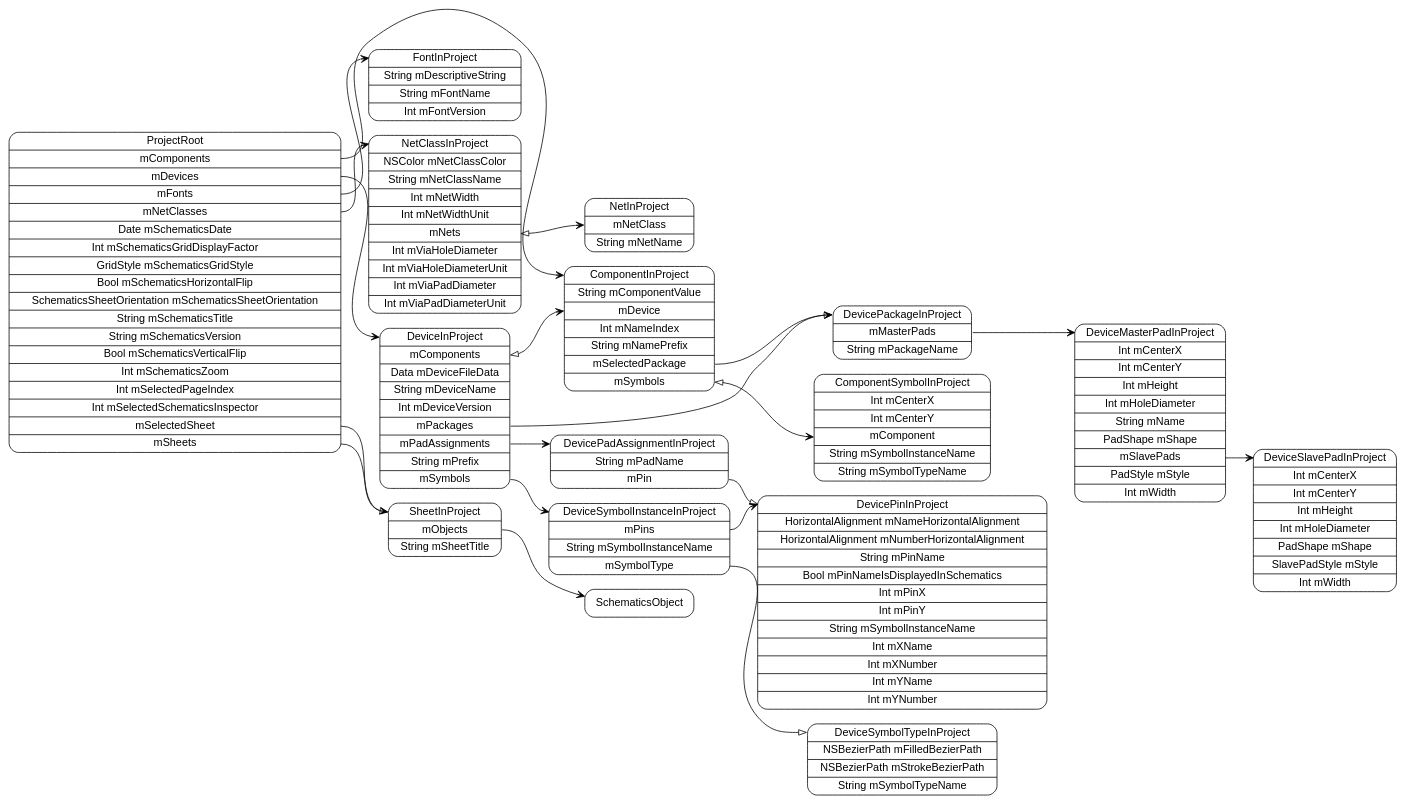
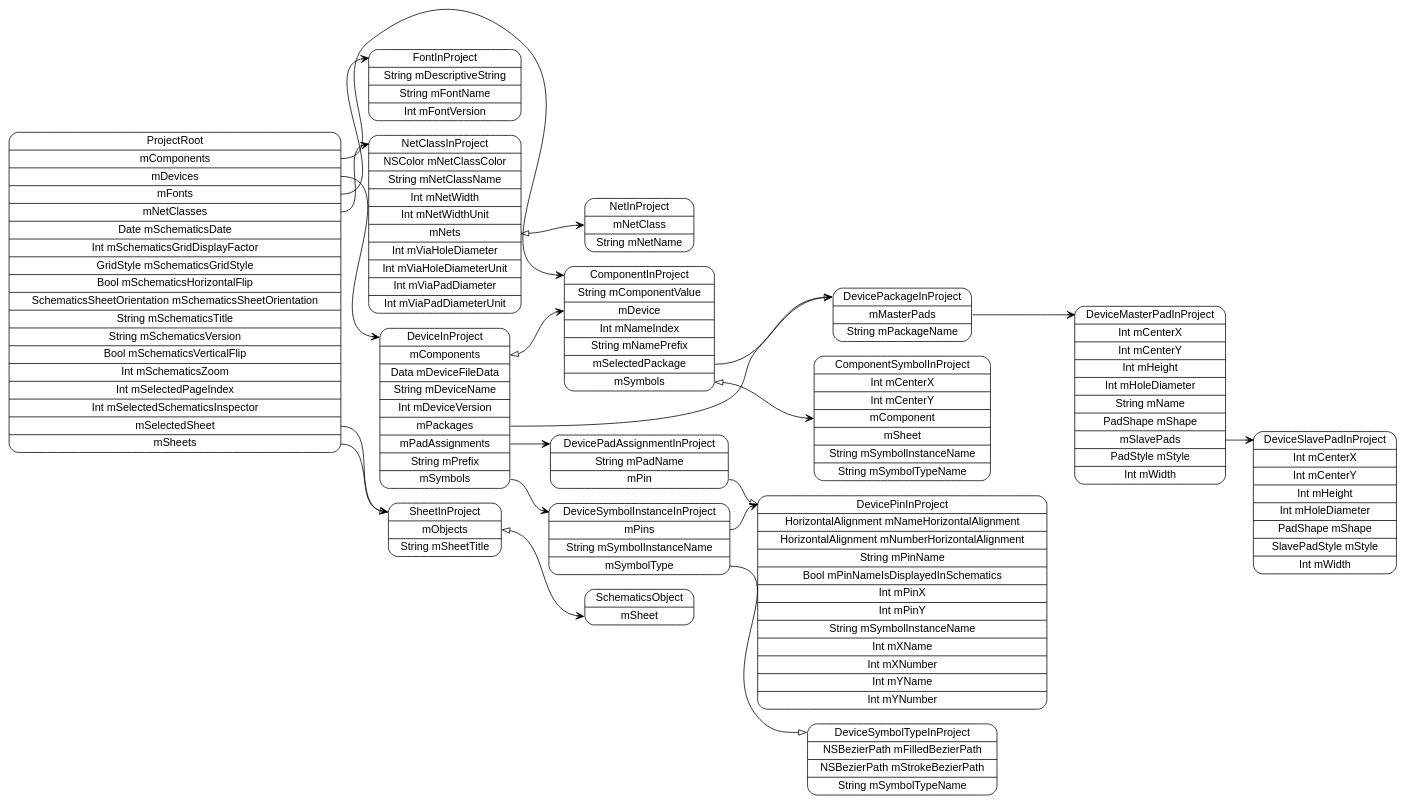
The diagram in models/ProjectRoot.dot (pierremolinaro/ElCanari-dev), drawn with Graphviz before and after one commit. The commit also changed 71 other files, not shown here.

Commit message:
Remove symbol in schematics

```diff
--- a/models/ProjectRoot.dot
+++ b/models/ProjectRoot.dot
@@ -1,39 +1,39 @@
 digraph G {
   rankdir=LR ;
   node [shape=record fontname=helvetica style=rounded] ;
   ProjectRoot[label="<ProjectRoot>ProjectRoot|<mComponents>mComponents|<mDevices>mDevices|<mFonts>mFonts|<mNetClasses>mNetClasses|Date mSchematicsDate|Int mSchematicsGridDisplayFactor|GridStyle mSchematicsGridStyle|Bool mSchematicsHorizontalFlip|SchematicsSheetOrientation mSchematicsSheetOrientation|String mSchematicsTitle|String mSchematicsVersion|Bool mSchematicsVerticalFlip|Int mSchematicsZoom|Int mSelectedPageIndex|Int mSelectedSchematicsInspector|<mSelectedSheet>mSelectedSheet|<mSheets>mSheets"] ;
   SheetInProject[label="<SheetInProject>SheetInProject|<mObjects>mObjects|String mSheetTitle"] ;
-  SchematicsObject[label="<SchematicsObject>SchematicsObject"] ;
+  SchematicsObject[label="<SchematicsObject>SchematicsObject|<mSheet>mSheet"] ;
   NetClassInProject[label="<NetClassInProject>NetClassInProject|NSColor mNetClassColor|String mNetClassName|Int mNetWidth|Int mNetWidthUnit|<mNets>mNets|Int mViaHoleDiameter|Int mViaHoleDiameterUnit|Int mViaPadDiameter|Int mViaPadDiameterUnit"] ;
   NetInProject[label="<NetInProject>NetInProject|<mNetClass>mNetClass|String mNetName"] ;
   FontInProject[label="<FontInProject>FontInProject|String mDescriptiveString|String mFontName|Int mFontVersion"] ;
   DeviceInProject[label="<DeviceInProject>DeviceInProject|<mComponents>mComponents|Data mDeviceFileData|String mDeviceName|Int mDeviceVersion|<mPackages>mPackages|<mPadAssignments>mPadAssignments|String mPrefix|<mSymbols>mSymbols"] ;
   DeviceSymbolInstanceInProject[label="<DeviceSymbolInstanceInProject>DeviceSymbolInstanceInProject|<mPins>mPins|String mSymbolInstanceName|<mSymbolType>mSymbolType"] ;
   DeviceSymbolTypeInProject[label="<DeviceSymbolTypeInProject>DeviceSymbolTypeInProject|NSBezierPath mFilledBezierPath|NSBezierPath mStrokeBezierPath|String mSymbolTypeName"] ;
   DevicePinInProject[label="<DevicePinInProject>DevicePinInProject|HorizontalAlignment mNameHorizontalAlignment|HorizontalAlignment mNumberHorizontalAlignment|String mPinName|Bool mPinNameIsDisplayedInSchematics|Int mPinX|Int mPinY|String mSymbolInstanceName|Int mXName|Int mXNumber|Int mYName|Int mYNumber"] ;
   DevicePadAssignmentInProject[label="<DevicePadAssignmentInProject>DevicePadAssignmentInProject|String mPadName|<mPin>mPin"] ;
   DevicePackageInProject[label="<DevicePackageInProject>DevicePackageInProject|<mMasterPads>mMasterPads|String mPackageName"] ;
   DeviceMasterPadInProject[label="<DeviceMasterPadInProject>DeviceMasterPadInProject|Int mCenterX|Int mCenterY|Int mHeight|Int mHoleDiameter|String mName|PadShape mShape|<mSlavePads>mSlavePads|PadStyle mStyle|Int mWidth"] ;
   DeviceSlavePadInProject[label="<DeviceSlavePadInProject>DeviceSlavePadInProject|Int mCenterX|Int mCenterY|Int mHeight|Int mHoleDiameter|PadShape mShape|SlavePadStyle mStyle|Int mWidth"] ;
   ComponentInProject[label="<ComponentInProject>ComponentInProject|String mComponentValue|<mDevice>mDevice|Int mNameIndex|String mNamePrefix|<mSelectedPackage>mSelectedPackage|<mSymbols>mSymbols"] ;
-  ComponentSymbolInProject[label="<ComponentSymbolInProject>ComponentSymbolInProject|Int mCenterX|Int mCenterY|<mComponent>mComponent|String mSymbolInstanceName|String mSymbolTypeName"] ;
+  ComponentSymbolInProject[label="<ComponentSymbolInProject>ComponentSymbolInProject|Int mCenterX|Int mCenterY|<mComponent>mComponent|<mSheet>mSheet|String mSymbolInstanceName|String mSymbolTypeName"] ;
   ProjectRoot:mComponents -> ComponentInProject:ComponentInProject [dir=both arrowtail=none arrowhead=vee] ;
   ProjectRoot:mDevices -> DeviceInProject:DeviceInProject [dir=both arrowtail=none arrowhead=vee] ;
   ProjectRoot:mFonts -> FontInProject:FontInProject [dir=both arrowtail=none arrowhead=vee] ;
   ProjectRoot:mNetClasses -> NetClassInProject:NetClassInProject [dir=both arrowtail=none arrowhead=vee] ;
   ProjectRoot:mSelectedSheet -> SheetInProject:SheetInProject [dir=both arrowtail=none arrowhead=onormal] ;
   ProjectRoot:mSheets -> SheetInProject:SheetInProject [dir=both arrowtail=none arrowhead=vee] ;
-  SheetInProject:mObjects -> SchematicsObject:SchematicsObject [dir=both arrowtail=none arrowhead=vee] ;
+  SheetInProject:mObjects -> SchematicsObject:mSheet [dir=both arrowtail=onormal arrowhead=vee] ;
   NetClassInProject:mNets -> NetInProject:mNetClass [dir=both arrowtail=onormal arrowhead=vee] ;
   DeviceInProject:mComponents -> ComponentInProject:mDevice [dir=both arrowtail=onormal arrowhead=vee] ;
   DeviceInProject:mPackages -> DevicePackageInProject:DevicePackageInProject [dir=both arrowtail=none arrowhead=vee] ;
   DeviceInProject:mPadAssignments -> DevicePadAssignmentInProject:DevicePadAssignmentInProject [dir=both arrowtail=none arrowhead=vee] ;
   DeviceInProject:mSymbols -> DeviceSymbolInstanceInProject:DeviceSymbolInstanceInProject [dir=both arrowtail=none arrowhead=vee] ;
   DeviceSymbolInstanceInProject:mPins -> DevicePinInProject:DevicePinInProject [dir=both arrowtail=none arrowhead=vee] ;
   DeviceSymbolInstanceInProject:mSymbolType -> DeviceSymbolTypeInProject:DeviceSymbolTypeInProject [dir=both arrowtail=none arrowhead=onormal] ;
   DevicePadAssignmentInProject:mPin -> DevicePinInProject:DevicePinInProject [dir=both arrowtail=none arrowhead=onormal] ;
   DevicePackageInProject:mMasterPads -> DeviceMasterPadInProject:DeviceMasterPadInProject [dir=both arrowtail=none arrowhead=vee] ;
   DeviceMasterPadInProject:mSlavePads -> DeviceSlavePadInProject:DeviceSlavePadInProject [dir=both arrowtail=none arrowhead=vee] ;
   ComponentInProject:mSelectedPackage -> DevicePackageInProject:DevicePackageInProject [dir=both arrowtail=none arrowhead=onormal] ;
   ComponentInProject:mSymbols -> ComponentSymbolInProject:mComponent [dir=both arrowtail=onormal arrowhead=vee] ;
 }
```
